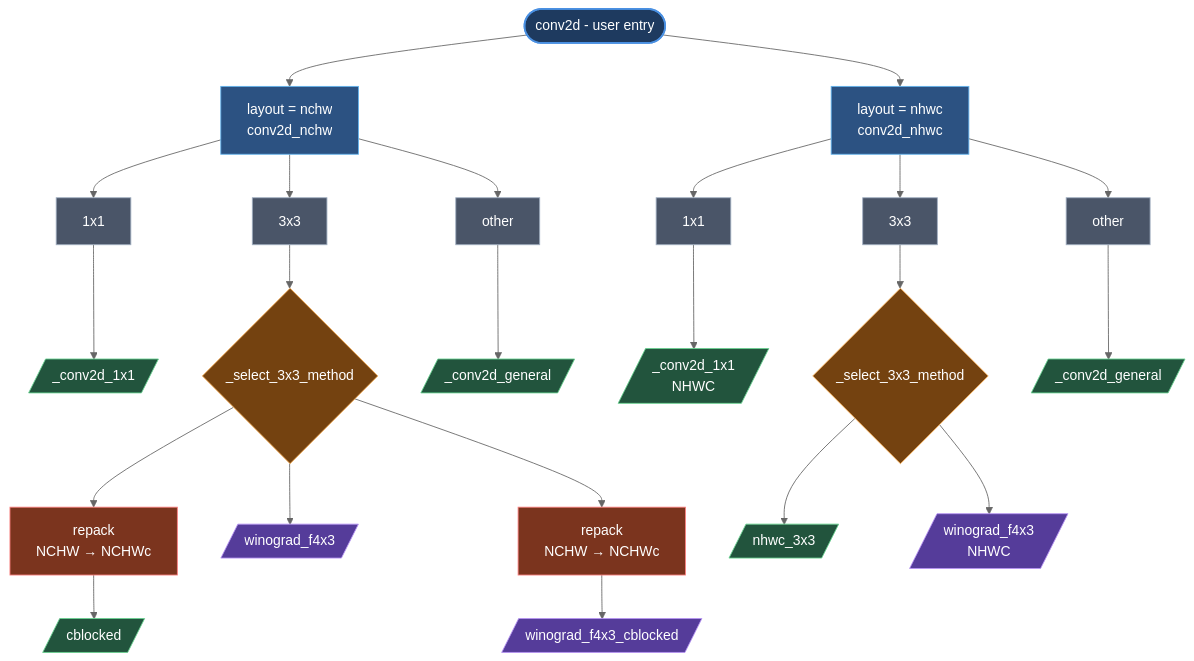
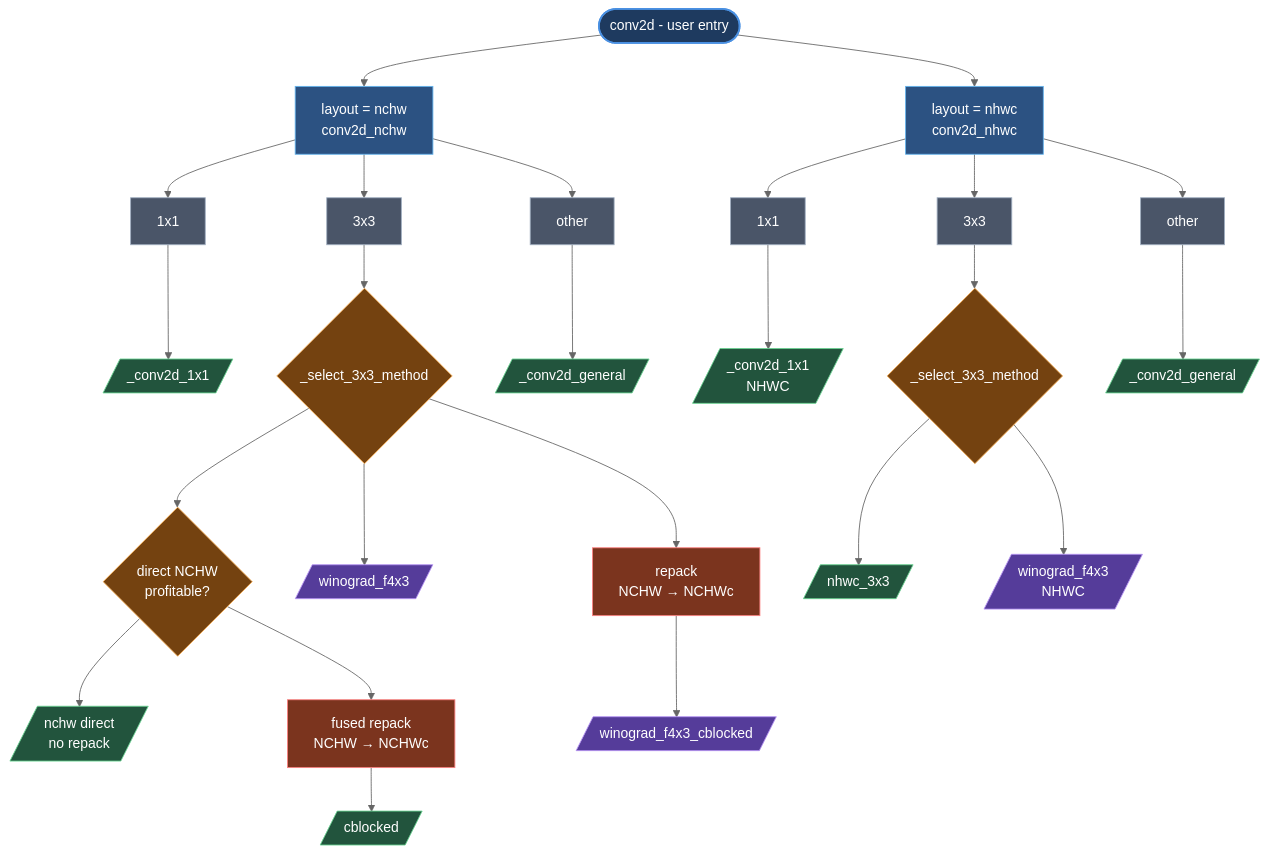
One commit to ROCm/aiter changed the first of 2 diagrams in aiter/ops/triton/conv/DESIGN.md. Above: the diagram before and after it, drawn with Mermaid (neutral theme). The commit also changed other lines of this file and 22 other files, not shown here.

````diff
--- a/aiter/ops/triton/conv/DESIGN.md
+++ b/aiter/ops/triton/conv/DESIGN.md
@@ -35,44 +35,46 @@
 ```mermaid
 flowchart TD
     A([conv2d - user entry]):::entry
 
     A --> NCHW[layout = nchw<br/>conv2d_nchw]:::router
     A --> NHWC[layout = nhwc<br/>conv2d_nhwc]:::router
 
     NCHW --> N1[1x1]:::shape
     NCHW --> N3[3x3]:::shape
     NCHW --> NG[other]:::shape
 
     NHWC1[1x1]:::shape
     NHWC3[3x3]:::shape
     NHWCG[other]:::shape
     NHWC --> NHWC1
     NHWC --> NHWC3
     NHWC --> NHWCG
 
     N1 --> K1[/_conv2d_1x1/]:::kernel
     N3 --> S1{_select_3x3_method}:::sel
     NG --> KG[/_conv2d_general/]:::kernel
 
     NHWC1 --> K1n[/_conv2d_1x1<br/>NHWC/]:::kernel
     NHWC3 --> S2{_select_3x3_method}:::sel
     NHWCG --> KGn[/_conv2d_general/]:::kernel
 
-    S1 --> P1[repack<br/>NCHW → NCHWc]:::pack
+    S1 --> D1{direct NCHW<br/>profitable?}:::sel
+    D1 --> KNCHW[/nchw direct<br/>no repack/]:::kernel
+    D1 --> P1[fused repack<br/>NCHW → NCHWc]:::pack
     S1 --> KWF[/winograd_f4x3/]:::wino
     S1 --> P3[repack<br/>NCHW → NCHWc]:::pack
 
     P1 --> KCB[/cblocked/]:::kernel
     P3 --> KWFC[/winograd_f4x3_cblocked/]:::wino
 
     S2 --> KNH[/nhwc_3x3/]:::kernel
     S2 --> KWFN[/winograd_f4x3<br/>NHWC/]:::wino
 
     classDef entry fill:#1e3a5f,stroke:#4a90e2,stroke-width:2px,color:#fff
     classDef router fill:#2c5282,stroke:#63b3ed,color:#fff
     classDef shape fill:#4a5568,stroke:#a0aec0,color:#fff
     classDef sel fill:#744210,stroke:#f6ad55,color:#fff
     classDef pack fill:#7b341e,stroke:#fc8181,color:#fff
     classDef kernel fill:#22543d,stroke:#68d391,color:#fff
     classDef wino fill:#553c9a,stroke:#b794f4,color:#fff
 ```
````
